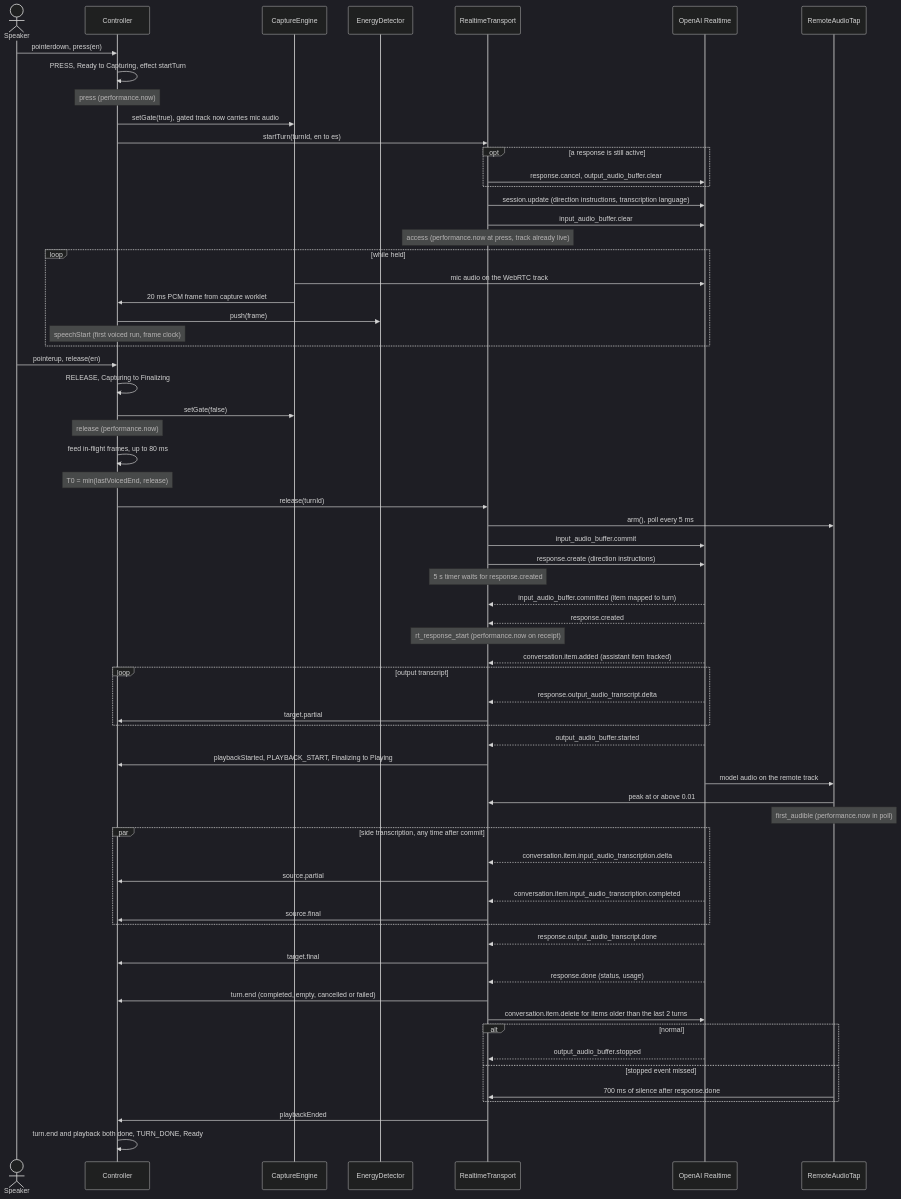
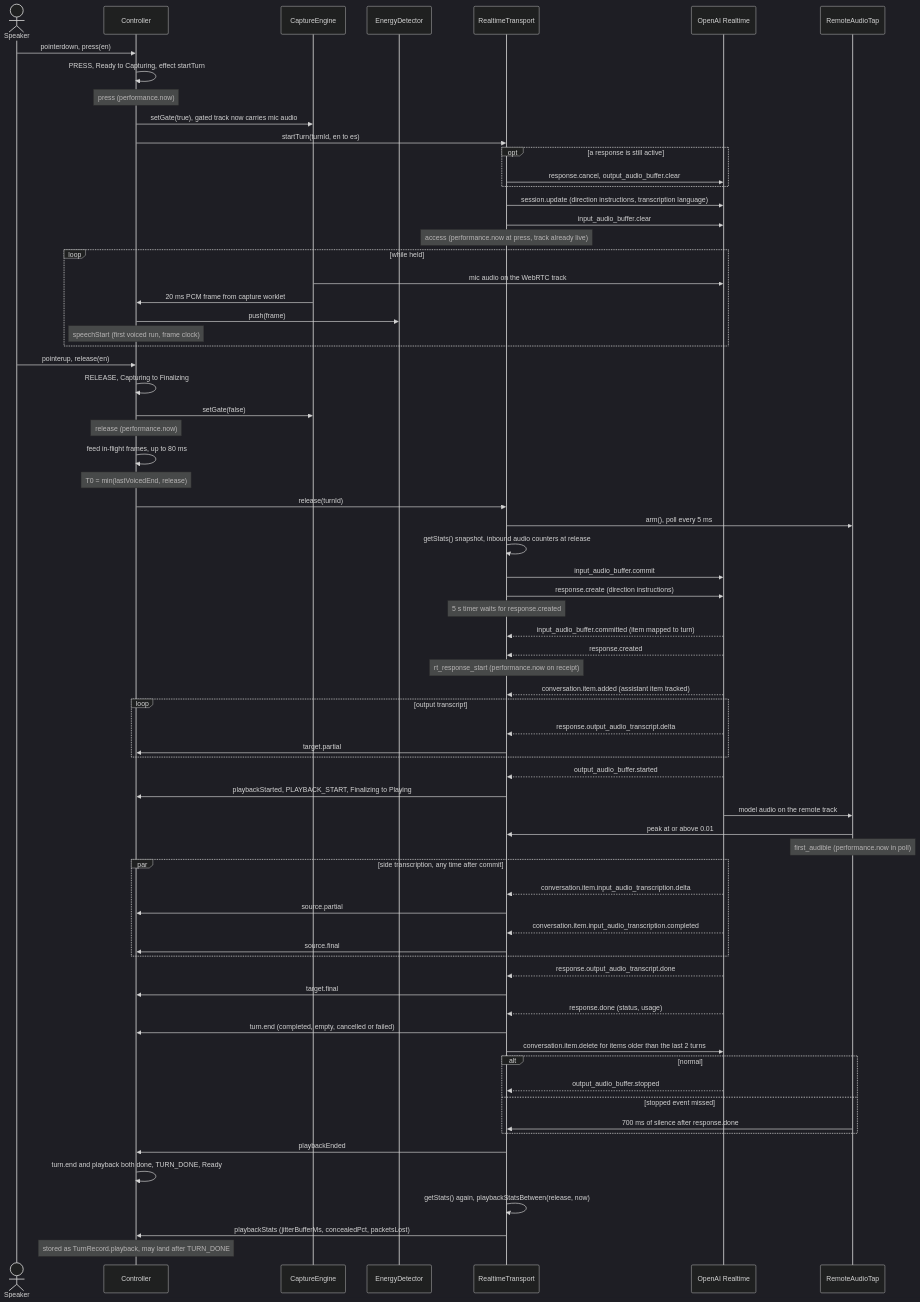
The third of 11 diagrams in docs/architecture/sequences.md (debudash/realtimevscascade-translation), drawn with Mermaid (dark theme) before and after one commit. The commit also changed other lines of this file and 2 other files, not shown here.

First line of the commit message:
docs(architecture): sync the as-built HLA, LLA and sequences to commit 1e3f900

````diff
--- a/docs/architecture/sequences.md
+++ b/docs/architecture/sequences.md
@@ -145,70 +146,74 @@
 ```mermaid
 sequenceDiagram
     actor U as Speaker
     participant C as Controller
     participant CE as CaptureEngine
     participant ED as EnergyDetector
     participant RT as RealtimeTransport
     participant OA as OpenAI Realtime
     participant TAP as RemoteAudioTap
 
     U->>C: pointerdown, press(en)
     C->>C: PRESS, Ready to Capturing, effect startTurn
     Note over C: press (performance.now)
     C->>CE: setGate(true), gated track now carries mic audio
     C->>RT: startTurn(turnId, en to es)
     opt a response is still active
         RT->>OA: response.cancel, output_audio_buffer.clear
     end
     RT->>OA: session.update (direction instructions, transcription language)
     RT->>OA: input_audio_buffer.clear
     Note over RT: access (performance.now at press, track already live)
     loop while held
         CE->>OA: mic audio on the WebRTC track
         CE->>C: 20 ms PCM frame from capture worklet
         C->>ED: push(frame)
         Note over C: speechStart (first voiced run, frame clock)
     end
     U->>C: pointerup, release(en)
     C->>C: RELEASE, Capturing to Finalizing
     C->>CE: setGate(false)
     Note over C: release (performance.now)
     C->>C: feed in-flight frames, up to 80 ms
     Note over C: T0 = min(lastVoicedEnd, release)
     C->>RT: release(turnId)
     RT->>TAP: arm(), poll every 5 ms
+    RT->>RT: getStats() snapshot, inbound audio counters at release
     RT->>OA: input_audio_buffer.commit
     RT->>OA: response.create (direction instructions)
     Note over RT: 5 s timer waits for response.created
     OA-->>RT: input_audio_buffer.committed (item mapped to turn)
     OA-->>RT: response.created
     Note over RT: rt_response_start (performance.now on receipt)
     OA-->>RT: conversation.item.added (assistant item tracked)
     loop output transcript
         OA-->>RT: response.output_audio_transcript.delta
         RT->>C: target.partial
     end
     OA-->>RT: output_audio_buffer.started
     RT->>C: playbackStarted, PLAYBACK_START, Finalizing to Playing
     OA->>TAP: model audio on the remote track
     TAP->>RT: peak at or above 0.01
     Note over TAP: first_audible (performance.now in poll)
     par side transcription, any time after commit
         OA-->>RT: conversation.item.input_audio_transcription.delta
         RT->>C: source.partial
         OA-->>RT: conversation.item.input_audio_transcription.completed
         RT->>C: source.final
     end
     OA-->>RT: response.output_audio_transcript.done
     RT->>C: target.final
     OA-->>RT: response.done (status, usage)
     RT->>C: turn.end (completed, empty, cancelled or failed)
     RT->>OA: conversation.item.delete for items older than the last 2 turns
     alt normal
         OA-->>RT: output_audio_buffer.stopped
     else stopped event missed
         TAP->>RT: 700 ms of silence after response.done
     end
     RT->>C: playbackEnded
     C->>C: turn.end and playback both done, TURN_DONE, Ready
+    RT->>RT: getStats() again, playbackStatsBetween(release, now)
+    RT->>C: playbackStats (jitterBufferMs, concealedPct, packetsLost)
+    Note over C: stored as TurnRecord.playback, may land after TURN_DONE
 ```
````
